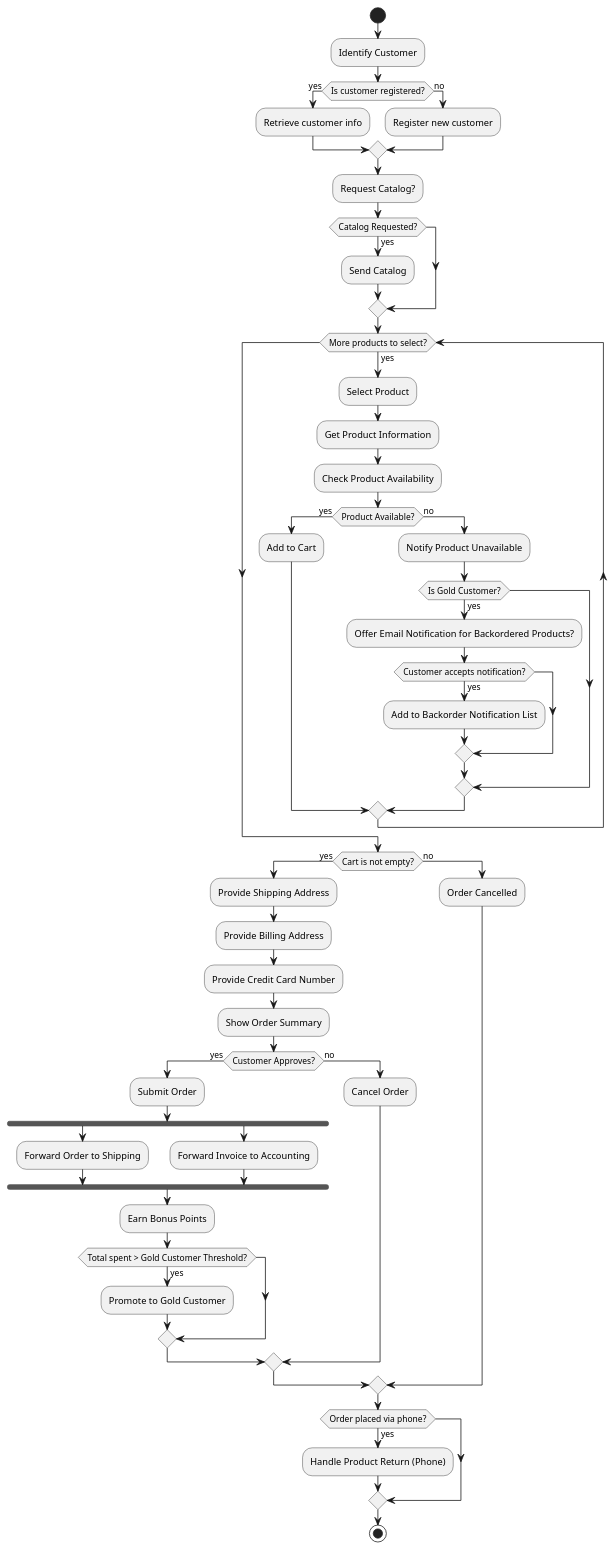
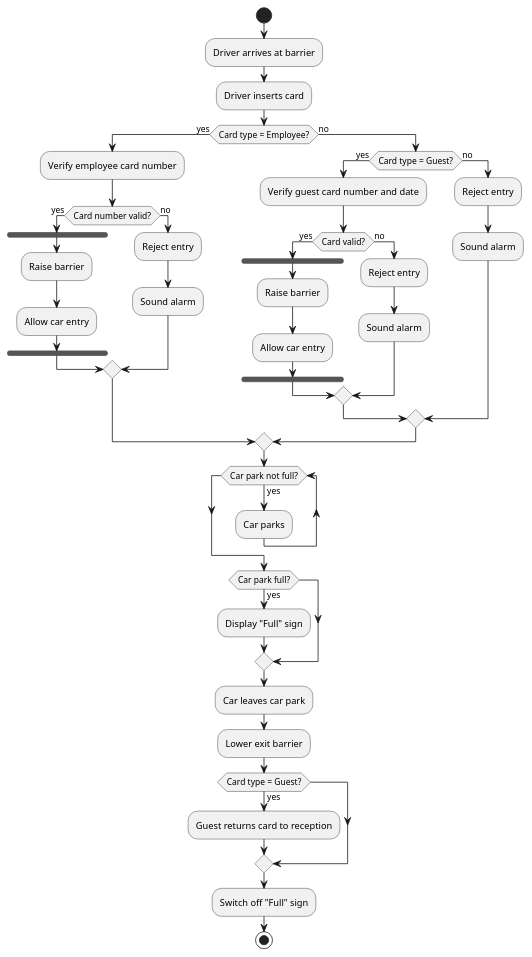
Before and after one commit to vrajkmrpatel/minor-project: the diagram in LANGCHAIN/evaluateActivity/clarifiedAD_llama_round2.puml, drawn with PlantUML. The commit also changed 15 other files, not shown here.

```diff
--- a/LANGCHAIN/evaluateActivity/clarifiedAD_llama_round2.puml
+++ b/LANGCHAIN/evaluateActivity/clarifiedAD_llama_round2.puml
@@ -1,61 +1,48 @@
 @startuml
 start
 
-:Identify Customer;
-if (Is customer registered?) then (yes)
-    :Retrieve customer info;
+:Driver arrives at barrier;
+:Driver inserts card;
+if (Card type = Employee?) then (yes)
+    :Verify employee card number;
+    if (Card number valid?) then (yes)
+        fork
+            :Raise barrier;
+            :Allow car entry;
+        end fork
+    else (no)
+        :Reject entry;
+        :Sound alarm;
+    endif
 else (no)
-    :Register new customer;
-endif
-
-:Request Catalog?;
-if (Catalog Requested?) then (yes)
-    :Send Catalog;
-endif
-
-while (More products to select?) is (yes)
-    :Select Product;
-    :Get Product Information;
-    :Check Product Availability;
-    if (Product Available?) then (yes)
-        :Add to Cart;
-    else (no)
-        :Notify Product Unavailable;
-        if (Is Gold Customer?) then (yes)
-            :Offer Email Notification for Backordered Products?;
-            if (Customer accepts notification?) then (yes)
-                :Add to Backorder Notification List;
-            endif
-        endif
-    endif
-endwhile
-
-if (Cart is not empty?) then (yes)
-    :Provide Shipping Address;
-    :Provide Billing Address;
-    :Provide Credit Card Number;
-    :Show Order Summary;
-    if (Customer Approves?) then (yes)
-        :Submit Order;
-        fork
-            :Forward Order to Shipping;
-        fork again
-            :Forward Invoice to Accounting;
-        end fork
-        :Earn Bonus Points;
-        if (Total spent > Gold Customer Threshold?) then (yes)
-            :Promote to Gold Customer;
+    if (Card type = Guest?) then (yes)
+        :Verify guest card number and date;
+        if (Card valid?) then (yes)
+            fork
+                :Raise barrier;
+                :Allow car entry;
+            end fork
+        else (no)
+            :Reject entry;
+            :Sound alarm;
         endif
     else (no)
-        :Cancel Order;
+        :Reject entry;
+        :Sound alarm;
     endif
-else (no)
-    :Order Cancelled;
 endif
-
-if (Order placed via phone?) then (yes)
-    :Handle Product Return (Phone);
+while (Car park not full?) is (yes)
+    :Car parks;
+endwhile
+if (Car park full?) then (yes)
+    :Display "Full" sign;
 endif
+:Car leaves car park;
+:Lower exit barrier;
+if (Card type = Guest?) then (yes)
+    :Guest returns card to reception;
+endif
+:Switch off "Full" sign;
 
 stop
 @enduml
```
